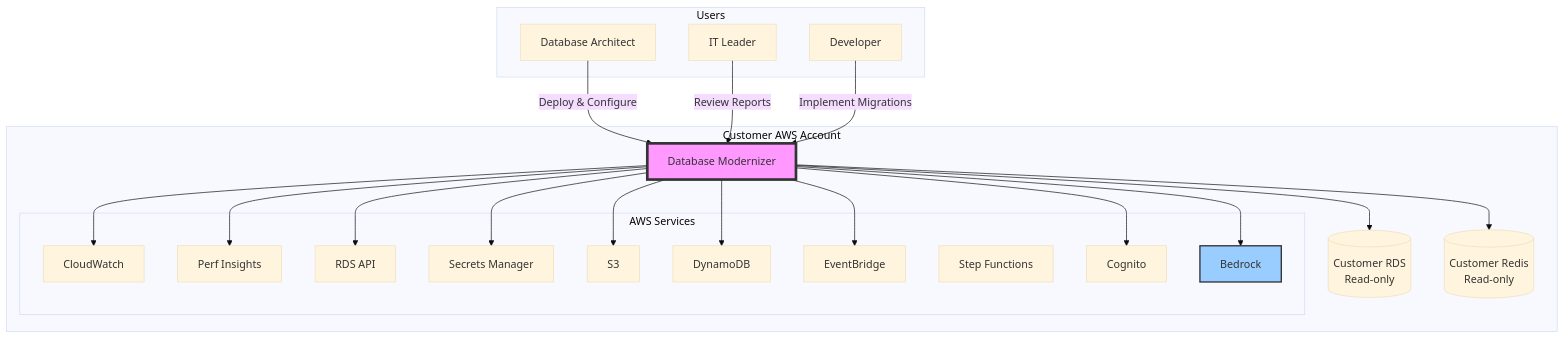
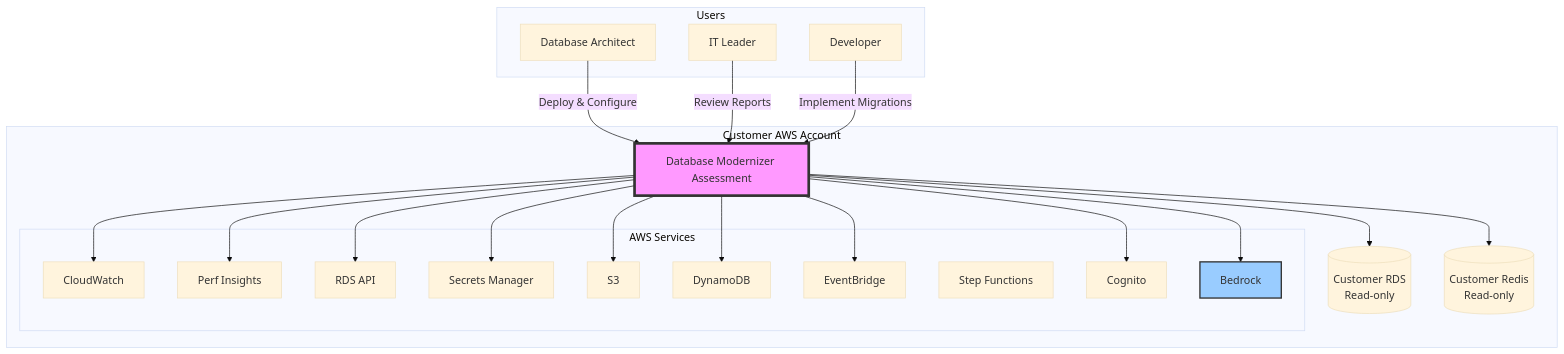
Before and after one commit to aws-samples/sample-aws-genai-db-modernizer: the diagram in docs/architecture/diagrams/01-system-context.md, drawn with Mermaid (base theme). The commit also changed other lines of this file and 71 other files, not shown here.

First line of the commit message:
rename: Database Modernizer → Database Modernizer Assessment

````diff
--- a/docs/architecture/diagrams/01-system-context.md
+++ b/docs/architecture/diagrams/01-system-context.md
@@ -5,33 +5,33 @@
 ```mermaid
 graph TB
     subgraph "Users"
         DBA[Database Architect]
         ITL[IT Leader]
         DEV[Developer]
     end
 
     subgraph "Customer AWS Account"
-        DBM[Database Modernizer]
+        DBM[Database Modernizer Assessment]
         RDS[(Customer RDS<br/>Read-only)]
         REDIS[(Customer Redis<br/>Read-only)]
 
         subgraph "AWS Services"
             CW[CloudWatch] & PI[Perf Insights] & RDS_API[RDS API]
             SM[Secrets Manager] & S3[S3] & DDB[DynamoDB]
             EB[EventBridge] & SF[Step Functions]
             COGNITO[Cognito] & BEDROCK[Bedrock]
         end
     end
 
     DBA -->|Deploy & Configure| DBM
     ITL -->|Review Reports| DBM
     DEV -->|Implement Migrations| DBM
 
     DBM --> RDS & REDIS
     DBM --> CW & PI & RDS_API & SM
     DBM --> S3 & DDB & EB
     DBM --> COGNITO & BEDROCK
 
     style DBM fill:#f9f,stroke:#333,stroke-width:4px
     style BEDROCK fill:#9cf,stroke:#333,stroke-width:2px
 ```
````
